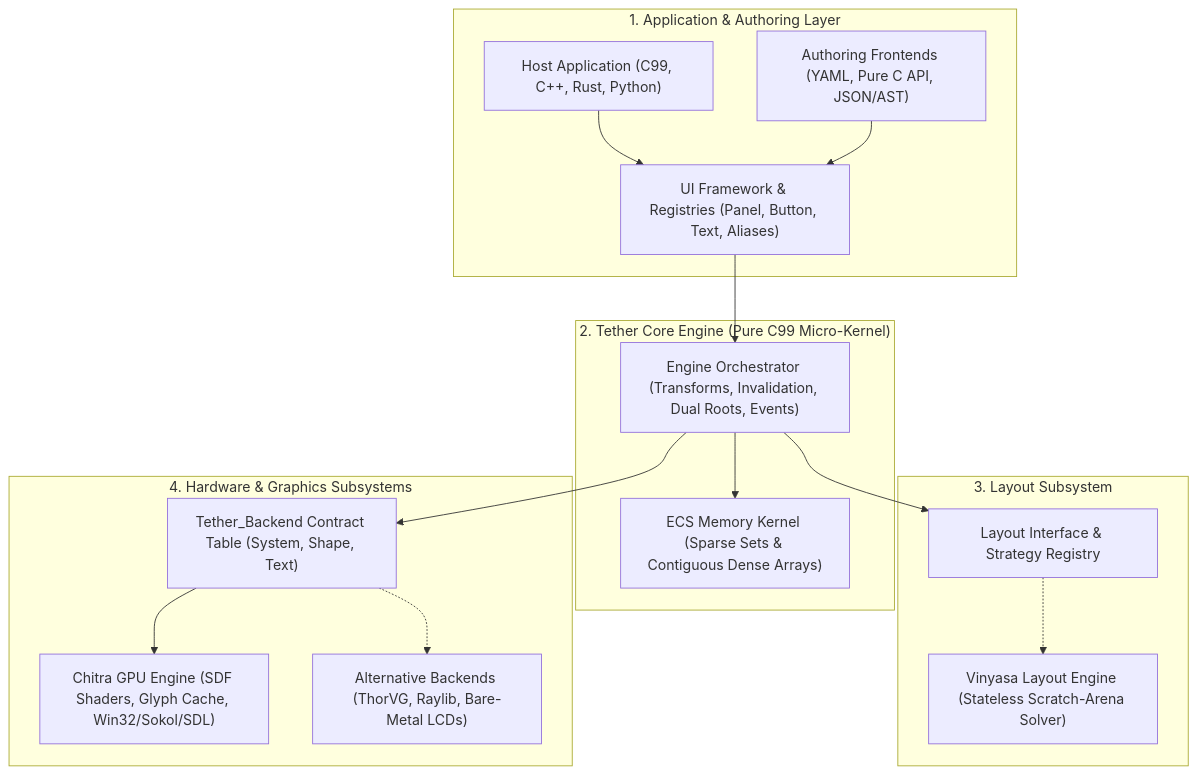
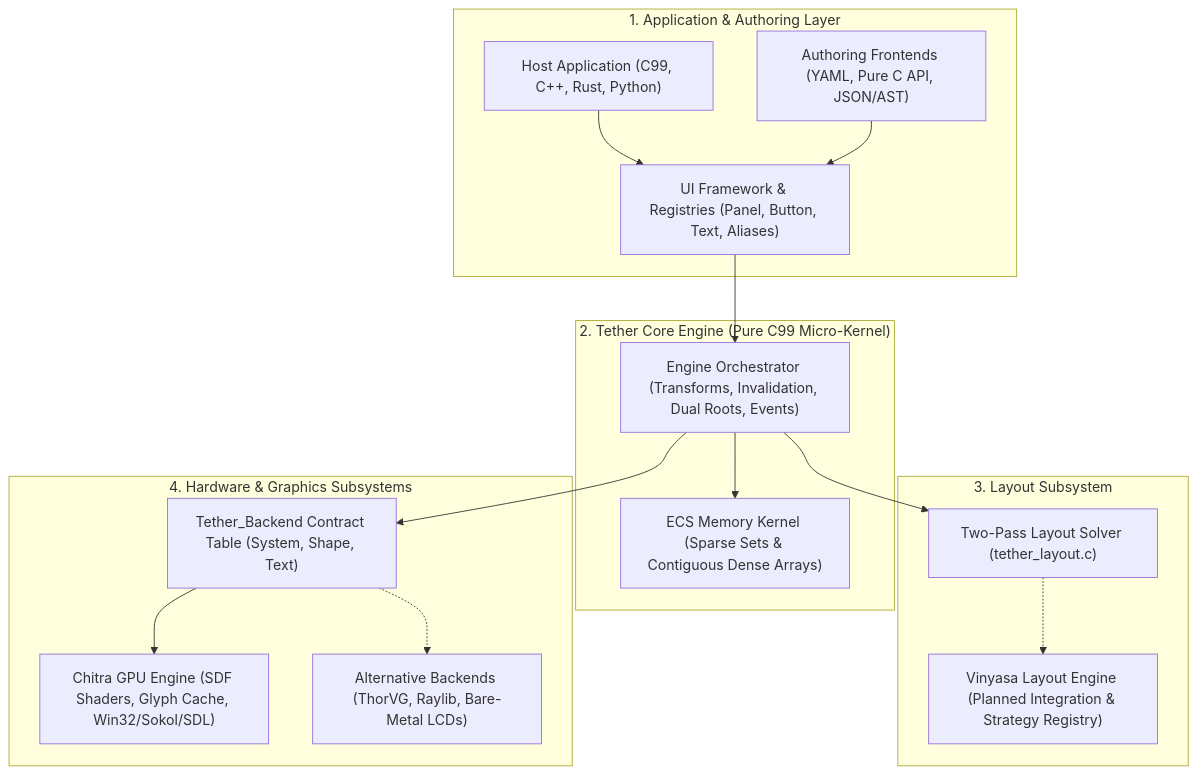
The first of 3 diagrams in docs/presentation/04_ecosystem_and_architecture.md (Yuvi-GD/Tether), drawn with Mermaid before and after one commit. The commit also changed other lines of this file and 24 other files, not shown here.

Commit message:
docs: align technical docs with v0.0.3-preview and clarify presentation roadmap

````diff
--- a/docs/presentation/04_ecosystem_and_architecture.md
+++ b/docs/presentation/04_ecosystem_and_architecture.md
@@ -15,34 +15,34 @@
 ```mermaid
 flowchart TD
     subgraph HostDomain["1. Application & Authoring Layer"]
         Host["Host Application (C99, C++, Rust, Python)"]
         Authoring["Authoring Frontends (YAML, Pure C API, JSON/AST)"]
         UIFramework["UI Framework & Registries (Panel, Button, Text, Aliases)"]
     end
 
     subgraph CoreDomain["2. Tether Core Engine (Pure C99 Micro-Kernel)"]
         Engine["Engine Orchestrator (Transforms, Invalidation, Dual Roots, Events)"]
         Kernel["ECS Memory Kernel (Sparse Sets & Contiguous Dense Arrays)"]
     end
 
     subgraph Solvers["3. Layout Subsystem"]
-        LayoutInterface["Layout Interface & Strategy Registry"]
-        Vinyasa["Vinyasa Layout Engine (Stateless Scratch-Arena Solver)"]
+        LayoutInterface["Two-Pass Layout Solver (tether_layout.c)"]
+        Vinyasa["Vinyasa Layout Engine (Planned Integration & Strategy Registry)"]
     end
 
     subgraph Drivers["4. Hardware & Graphics Subsystems"]
         BackendContract["Tether_Backend Contract Table (System, Shape, Text)"]
         Chitra["Chitra GPU Engine (SDF Shaders, Glyph Cache, Win32/Sokol/SDL)"]
         AlternativeDrivers["Alternative Backends (ThorVG, Raylib, Bare-Metal LCDs)"]
     end
 
     Host --> UIFramework
     Authoring --> UIFramework
     UIFramework --> Engine
     Engine --> Kernel
     Engine --> LayoutInterface
     LayoutInterface -.-> Vinyasa
     Engine --> BackendContract
     BackendContract --> Chitra
     BackendContract -.-> AlternativeDrivers
 ```
````
